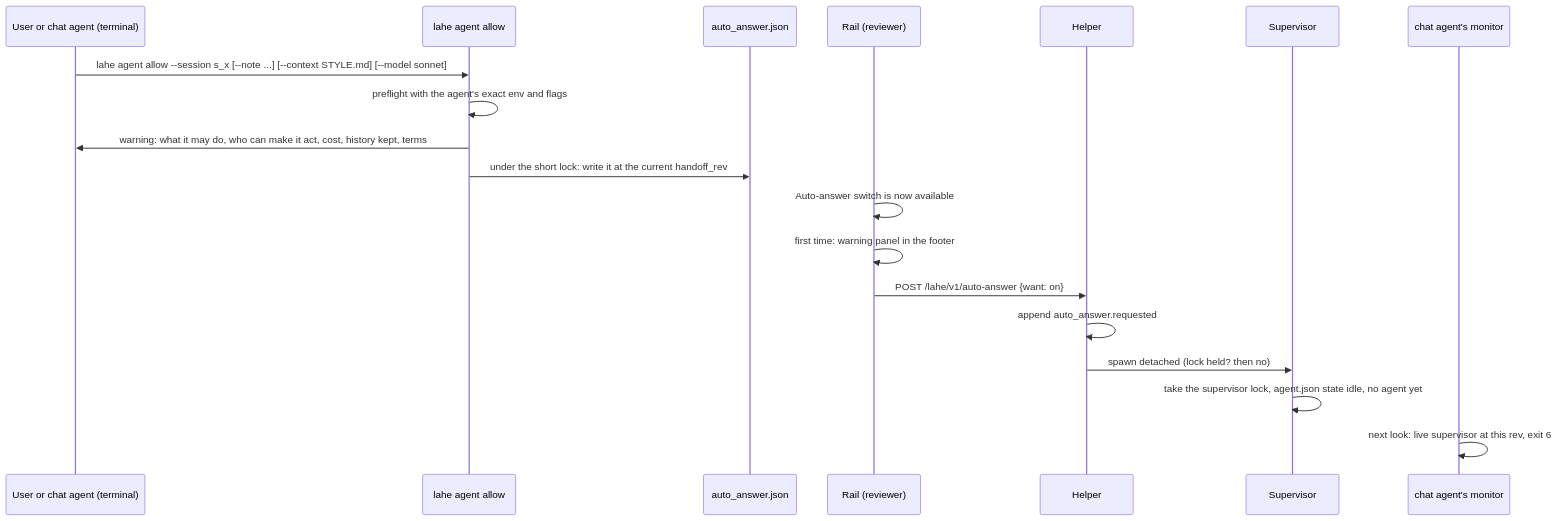
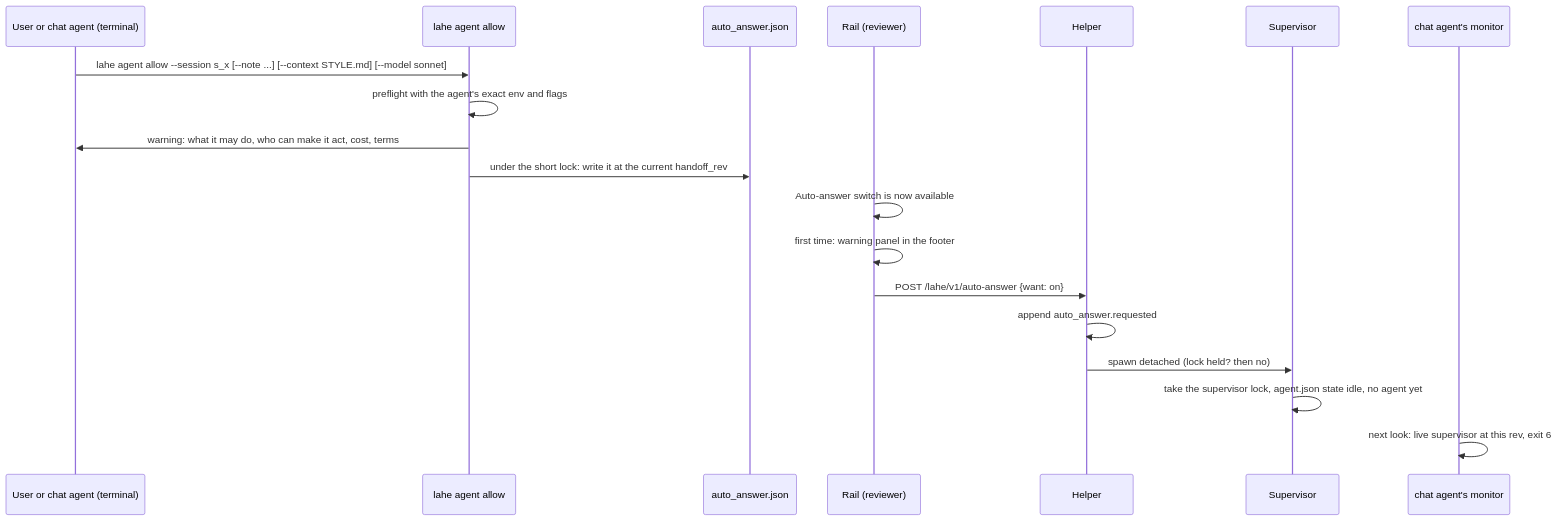
One commit to kenxle/live-agentic-html-editor changed the second of 7 diagrams in docs/features/20260929.01_lahe_agent_sdk/02_architecture_lahe_agent_sdk.md. Above: the diagram before and after it, drawn with Mermaid. The commit also changed other lines of this file and 4 other files, not shown here.

````diff
--- a/docs/features/20260929.01_lahe_agent_sdk/02_architecture_lahe_agent_sdk.md
+++ b/docs/features/20260929.01_lahe_agent_sdk/02_architecture_lahe_agent_sdk.md
@@ -289,22 +302,22 @@
 ```mermaid
 sequenceDiagram
   participant U as User or chat agent (terminal)
   participant CLI as lahe agent allow
   participant S as auto_answer.json
   participant R as Rail (reviewer)
   participant H as Helper
   participant A as Supervisor
   participant M as chat agent's monitor
 
   U->>CLI: lahe agent allow --session s_x [--note ...] [--context STYLE.md] [--model sonnet]
   CLI->>CLI: preflight with the agent's exact env and flags
-  CLI->>U: warning: what it may do, who can make it act, cost, history kept, terms
+  CLI->>U: warning: what it may do, who can make it act, cost, terms
   CLI->>S: under the short lock: write it at the current handoff_rev
   R->>R: Auto-answer switch is now available
   R->>R: first time: warning panel in the footer
   R->>H: POST /lahe/v1/auto-answer {want: on}
   H->>H: append auto_answer.requested
   H->>A: spawn detached (lock held? then no)
   A->>A: take the supervisor lock, agent.json state idle, no agent yet
   M->>M: next look: live supervisor at this rev, exit 6
 ```
````
